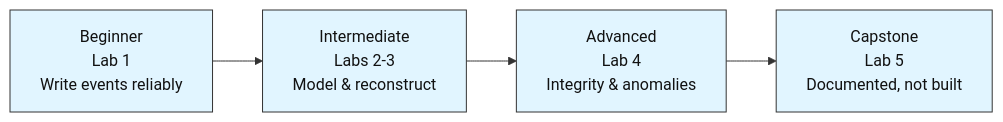
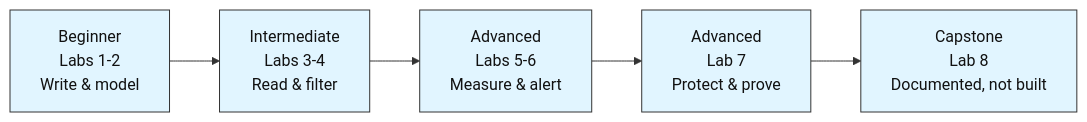
The third of 3 diagrams in Audit-DB-Labs/README.md (CogKnowEdge-Solutions/Context-Memory-Layer), drawn with Mermaid before and after one commit. The commit also changed other lines of this file and 8 other files, not shown here.

Commit message:
refactor: renumber Labs 4/5 → 7/8 and update all cross-references to reflect full 8-lab sequence

````diff
--- a/Audit-DB-Labs/README.md
+++ b/Audit-DB-Labs/README.md
@@ -275,8 +287,9 @@
 ```mermaid
 flowchart LR
-    B["Beginner<br/>Lab 1<br/>Write events reliably"] --> I["Intermediate<br/>Labs 2-3<br/>Model & reconstruct"]
-    I --> A["Advanced<br/>Lab 4<br/>Integrity & anomalies"]
-    A --> C["Capstone<br/>Lab 5<br/>Documented, not built"]
+    W["Beginner<br/>Labs 1-2<br/>Write & model"] --> R["Intermediate<br/>Labs 3-4<br/>Read & filter"]
+    R --> M["Advanced<br/>Labs 5-6<br/>Measure & alert"]
+    M --> P["Advanced<br/>Lab 7<br/>Protect & prove"]
+    P --> C["Capstone<br/>Lab 8<br/>Documented, not built"]
     classDef defaultStyle fill:#e1f5ff,stroke:#333333,stroke-width:1px,color:#111111
-    class B,I,A,C defaultStyle
+    class W,R,M,P,C defaultStyle
 ```
````
